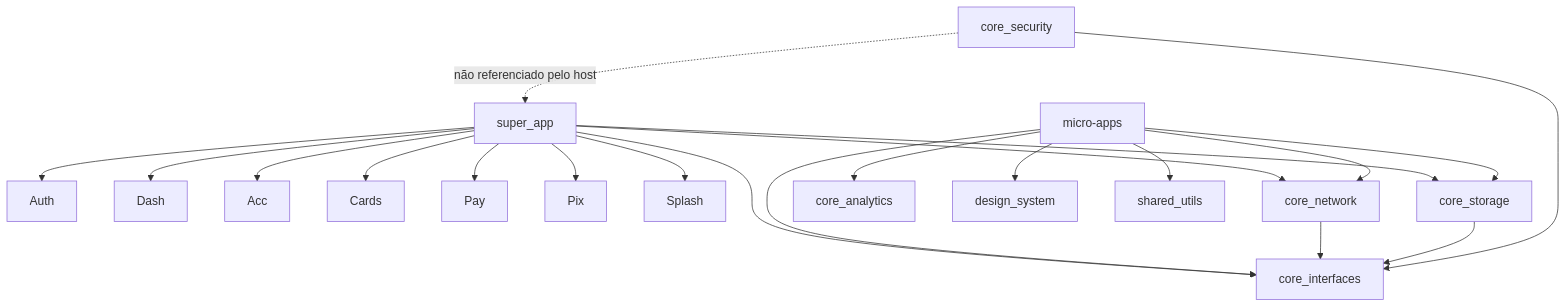
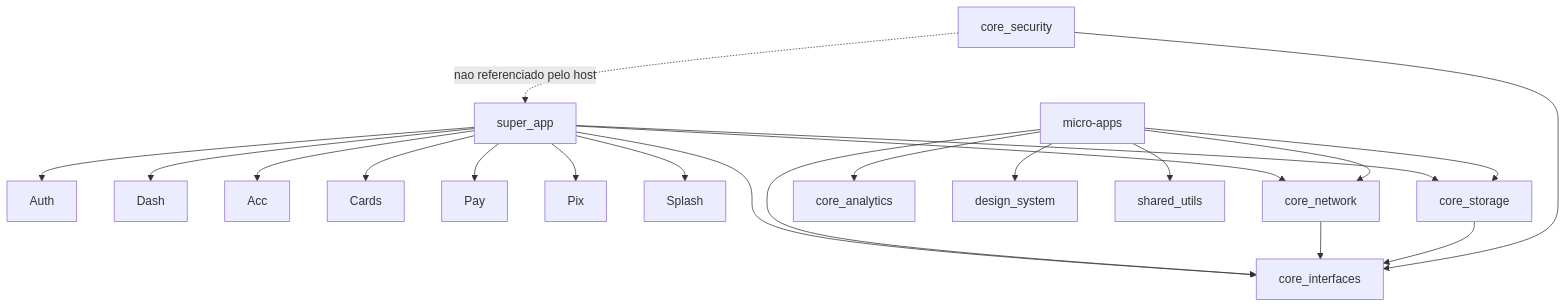
The diagram in .archagents/03-modules.md (cristianoaredes/super-app-flutter-sample), drawn with Mermaid before and after one commit. The commit also changed 2 other files, not shown here.

Commit message:
Fix Mermaid parse errors on GitHub-rendered diagrams.
GitHub treats unquoted slashes in sequence notes as syntax, so
email/senha and similar labels aborted the login sequence diagram.

````diff
--- a/.archagents/03-modules.md
+++ b/.archagents/03-modules.md
@@ -69,26 +69,26 @@
 ```mermaid
 graph TB
     Host[super_app]
     Host --> Auth
     Host --> Dash
     Host --> Acc
     Host --> Cards
     Host --> Pay
     Host --> Pix
     Host --> Splash
     Host --> Ifaces
     Host --> Net
     Host --> Stor
     Micro[micro-apps]
     Micro --> Ifaces[core_interfaces]
     Micro --> Net[core_network]
     Micro --> Stor[core_storage]
     Micro --> An[core_analytics]
     Micro --> DS[design_system]
     Micro --> U[shared_utils]
     Net --> Ifaces
     Stor --> Ifaces
     Sec[core_security]
     Sec --> Ifaces
-    Sec -.->|não referenciado pelo host| Host
+    Sec -.->|nao referenciado pelo host| Host
 ```
````
